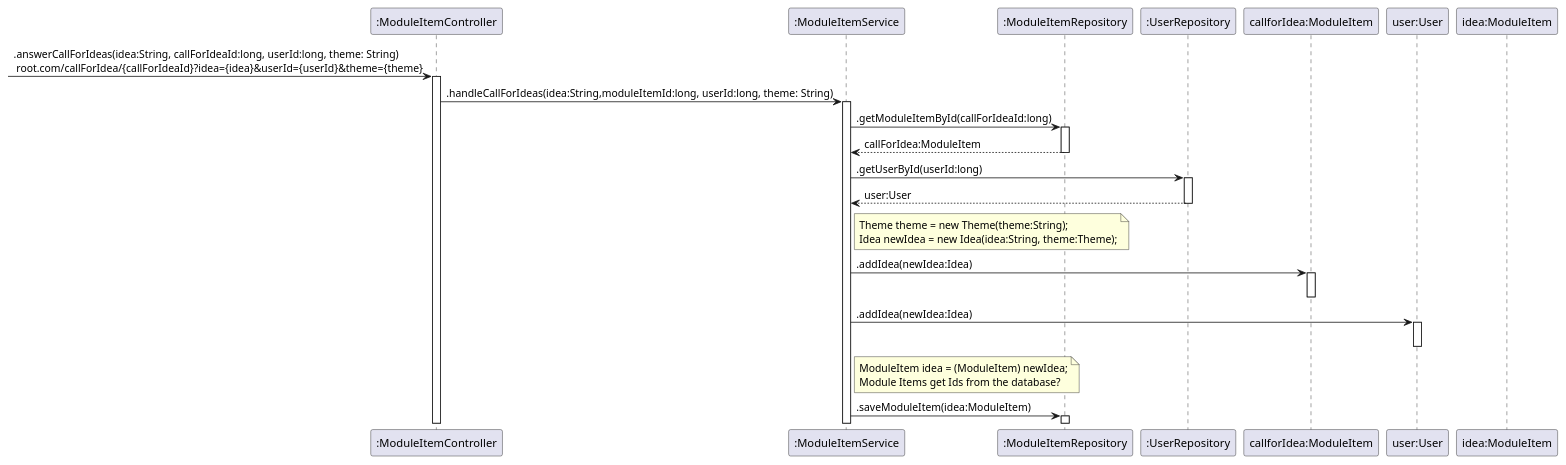
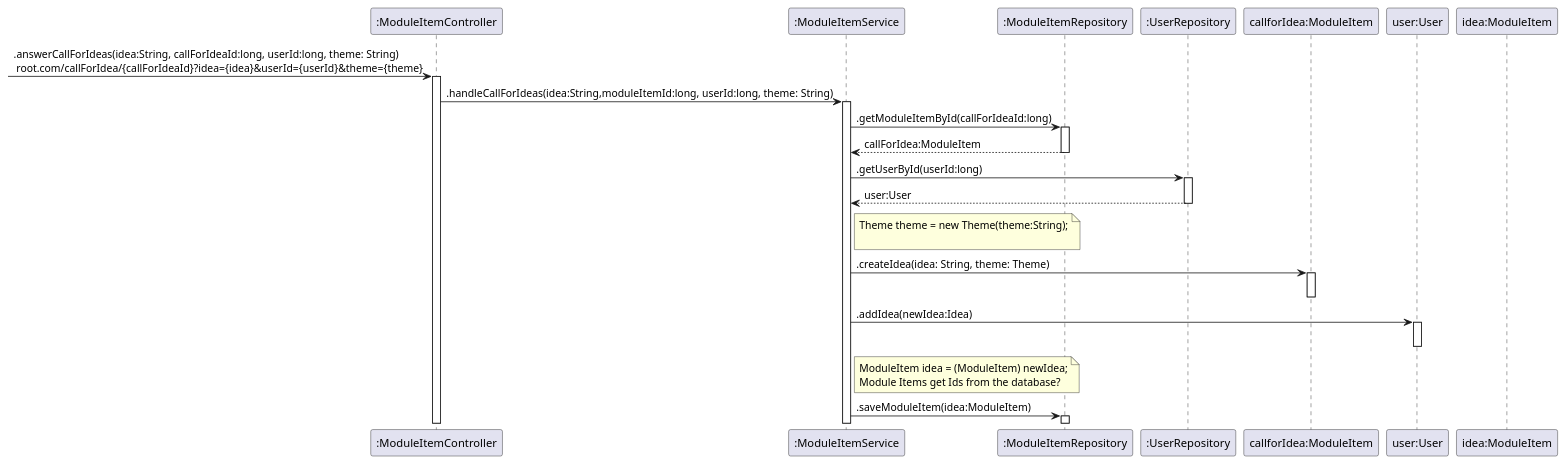
Before and after one commit to MocanuPaulC/youthcouncil: the diagram in design/sequence-diagram-usr-str-42.puml, drawn with PlantUML. The commit also changed 20 other files, not shown here.

```diff
--- a/design/sequence-diagram-usr-str-42.puml
+++ b/design/sequence-diagram-usr-str-42.puml
@@ -1,41 +1,42 @@
 @startuml
 
 '42 take part in the call for ideas
 ' add my idea to a call for ideas
 
 participant ":ModuleItemController" as ModuleItemController
 participant ":ModuleItemService" as ModuleItemService
 participant ":ModuleItemRepository" as ModuleItemRepository
 participant ":UserRepository" as UserRepository
 participant "callforIdea:ModuleItem" as callForIdea
 participant "user:User" as user
 participant "idea:ModuleItem" as idea
 
 -> ModuleItemController: .answerCallForIdeas(idea:String, callForIdeaId:long, userId:long, theme: String)\n root.com/callForIdea/{callForIdeaId}?idea={idea}&userId={userId}&theme={theme}
 activate ModuleItemController
 ModuleItemController -> ModuleItemService: .handleCallForIdeas(idea:String,moduleItemId:long, userId:long, theme: String)
 activate ModuleItemService
 ModuleItemService -> ModuleItemRepository: .getModuleItemById(callForIdeaId:long)
 activate ModuleItemRepository
 ModuleItemService <-- ModuleItemRepository : callForIdea:ModuleItem
 deactivate ModuleItemRepository
 
 ModuleItemService -> UserRepository: .getUserById(userId:long)
 activate UserRepository
 ModuleItemService <-- UserRepository : user:User
 deactivate UserRepository
-note right of ModuleItemService : Theme theme = new Theme(theme:String);\nIdea newIdea = new Idea(idea:String, theme:Theme);
-ModuleItemService -> callForIdea : .addIdea(newIdea:Idea)
+note right of ModuleItemService : Theme theme = new Theme(theme:String);\n
+'Idea newIdea = new Idea(idea:String, theme:Theme);
+ModuleItemService -> callForIdea : .createIdea(idea: String, theme: Theme)
 activate callForIdea
 'note right of callForIdea : Idea newIdea = new Idea(idea:String) \n this.ideas.add(newIdea)
 'ModuleItemService  <-- callForIdea  : newIdea:Idea
 deactivate callForIdea
 
 ModuleItemService -> user : .addIdea(newIdea:Idea)
 activate user
 deactivate user
 note right of ModuleItemService : ModuleItem idea = (ModuleItem) newIdea;\nModule Items get Ids from the database?
 ModuleItemService -> ModuleItemRepository: .saveModuleItem(idea:ModuleItem)
 activate ModuleItemRepository
 
 @enduml
```
